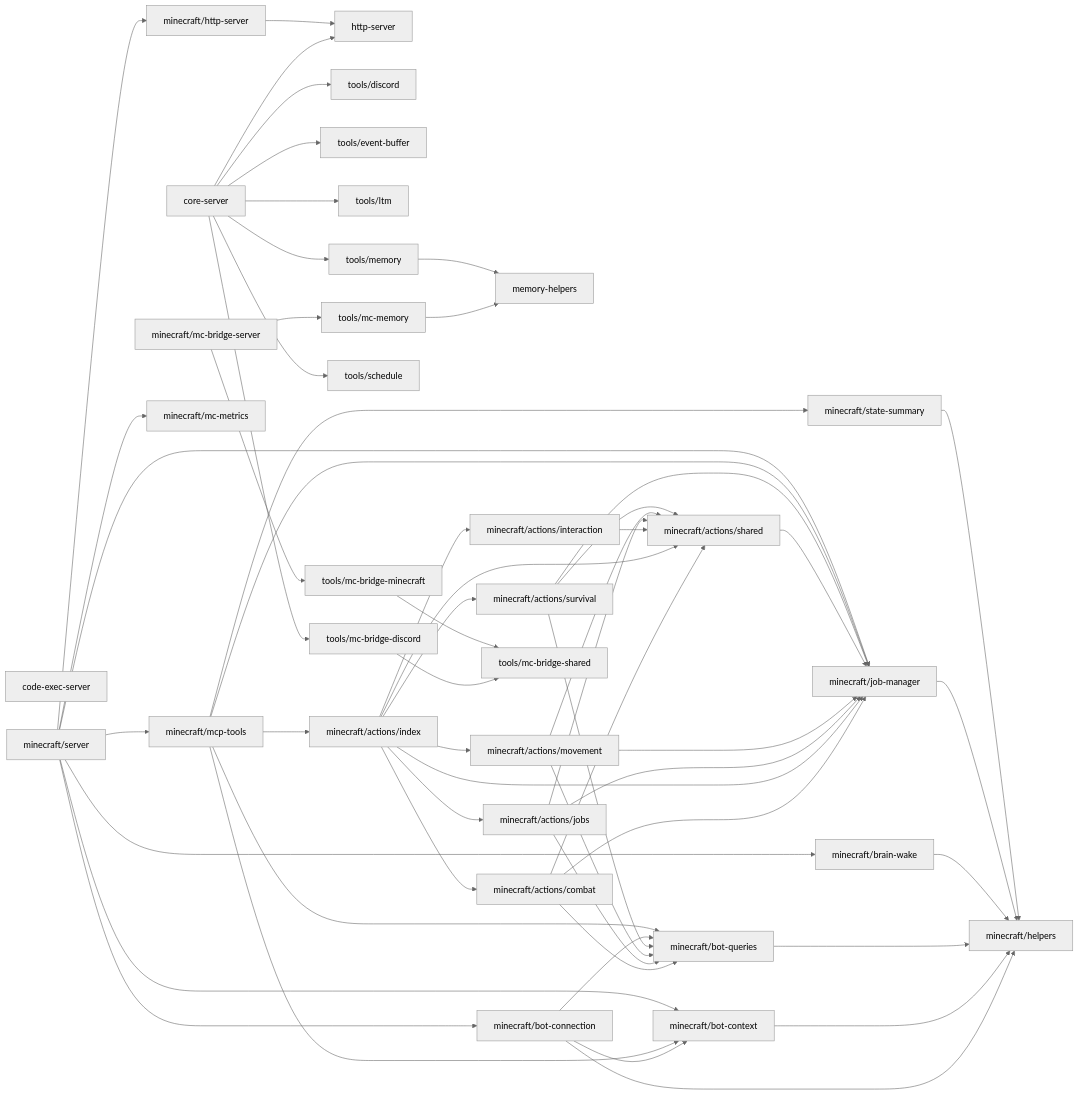
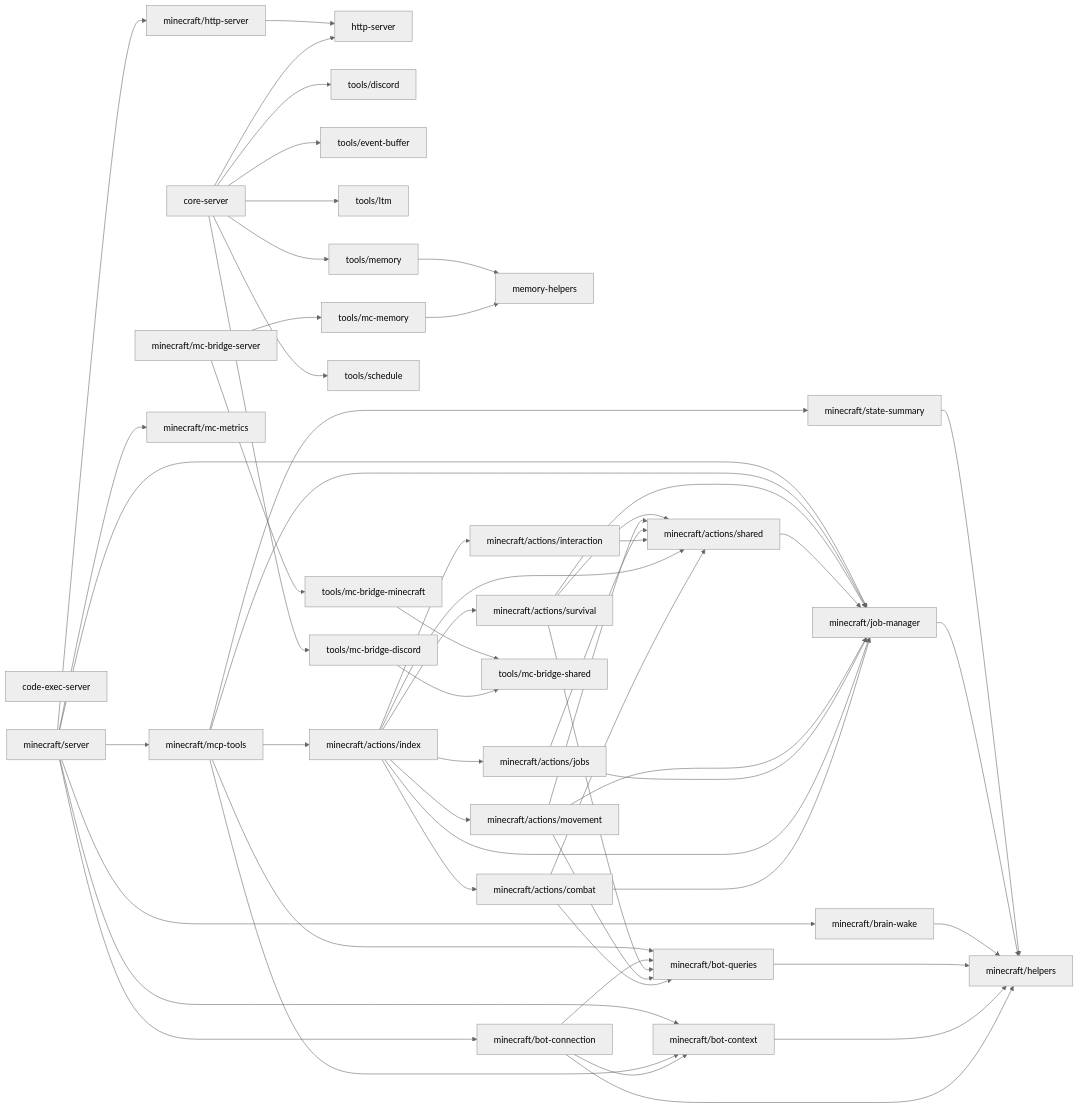
The diagram in src/mcp/DEPS.md (OJII3/vicissitude), drawn with Mermaid (neutral theme) before and after one commit. The commit also changed other lines of this file and 4 other files, not shown here.

````diff
--- a/src/mcp/DEPS.md
+++ b/src/mcp/DEPS.md
@@ -7,68 +7,67 @@
 ```mermaid
 graph LR
   code_exec_server["code-exec-server"]
   core_server["core-server"] --> http_server["http-server"]
   core_server["core-server"] --> tools_discord["tools/discord"]
   core_server["core-server"] --> tools_event_buffer["tools/event-buffer"]
   core_server["core-server"] --> tools_ltm["tools/ltm"]
   core_server["core-server"] --> tools_mc_bridge_discord["tools/mc-bridge-discord"]
   core_server["core-server"] --> tools_memory["tools/memory"]
   core_server["core-server"] --> tools_schedule["tools/schedule"]
   http_server["http-server"]
   memory_helpers["memory-helpers"]
   minecraft_actions_combat["minecraft/actions/combat"] --> minecraft_actions_shared["minecraft/actions/shared"]
   minecraft_actions_combat["minecraft/actions/combat"] --> minecraft_bot_queries["minecraft/bot-queries"]
   minecraft_actions_combat["minecraft/actions/combat"] --> minecraft_job_manager["minecraft/job-manager"]
   minecraft_actions_index["minecraft/actions/index"] --> minecraft_actions_combat["minecraft/actions/combat"]
   minecraft_actions_index["minecraft/actions/index"] --> minecraft_actions_interaction["minecraft/actions/interaction"]
   minecraft_actions_index["minecraft/actions/index"] --> minecraft_actions_jobs["minecraft/actions/jobs"]
   minecraft_actions_index["minecraft/actions/index"] --> minecraft_actions_movement["minecraft/actions/movement"]
   minecraft_actions_index["minecraft/actions/index"] --> minecraft_actions_shared["minecraft/actions/shared"]
   minecraft_actions_index["minecraft/actions/index"] --> minecraft_actions_survival["minecraft/actions/survival"]
   minecraft_actions_index["minecraft/actions/index"] --> minecraft_job_manager["minecraft/job-manager"]
   minecraft_actions_interaction["minecraft/actions/interaction"] --> minecraft_actions_shared["minecraft/actions/shared"]
   minecraft_actions_jobs["minecraft/actions/jobs"] --> minecraft_actions_shared["minecraft/actions/shared"]
-  minecraft_actions_jobs["minecraft/actions/jobs"] --> minecraft_bot_queries["minecraft/bot-queries"]
   minecraft_actions_jobs["minecraft/actions/jobs"] --> minecraft_job_manager["minecraft/job-manager"]
   minecraft_actions_movement["minecraft/actions/movement"] --> minecraft_actions_shared["minecraft/actions/shared"]
   minecraft_actions_movement["minecraft/actions/movement"] --> minecraft_bot_queries["minecraft/bot-queries"]
   minecraft_actions_movement["minecraft/actions/movement"] --> minecraft_job_manager["minecraft/job-manager"]
   minecraft_actions_shared["minecraft/actions/shared"] --> minecraft_job_manager["minecraft/job-manager"]
   minecraft_actions_survival["minecraft/actions/survival"] --> minecraft_actions_shared["minecraft/actions/shared"]
   minecraft_actions_survival["minecraft/actions/survival"] --> minecraft_bot_queries["minecraft/bot-queries"]
   minecraft_actions_survival["minecraft/actions/survival"] --> minecraft_job_manager["minecraft/job-manager"]
   minecraft_bot_connection["minecraft/bot-connection"] --> minecraft_bot_context["minecraft/bot-context"]
   minecraft_bot_connection["minecraft/bot-connection"] --> minecraft_bot_queries["minecraft/bot-queries"]
   minecraft_bot_connection["minecraft/bot-connection"] --> minecraft_helpers["minecraft/helpers"]
   minecraft_bot_context["minecraft/bot-context"] --> minecraft_helpers["minecraft/helpers"]
   minecraft_bot_queries["minecraft/bot-queries"] --> minecraft_helpers["minecraft/helpers"]
   minecraft_brain_wake["minecraft/brain-wake"] --> minecraft_helpers["minecraft/helpers"]
   minecraft_helpers["minecraft/helpers"]
   minecraft_http_server["minecraft/http-server"] --> http_server["http-server"]
   minecraft_job_manager["minecraft/job-manager"] --> minecraft_helpers["minecraft/helpers"]
   minecraft_mc_bridge_server["minecraft/mc-bridge-server"] --> tools_mc_bridge_minecraft["tools/mc-bridge-minecraft"]
   minecraft_mc_bridge_server["minecraft/mc-bridge-server"] --> tools_mc_memory["tools/mc-memory"]
   minecraft_mc_metrics["minecraft/mc-metrics"]
   minecraft_mcp_tools["minecraft/mcp-tools"] --> minecraft_actions_index["minecraft/actions/index"]
   minecraft_mcp_tools["minecraft/mcp-tools"] --> minecraft_bot_context["minecraft/bot-context"]
   minecraft_mcp_tools["minecraft/mcp-tools"] --> minecraft_bot_queries["minecraft/bot-queries"]
   minecraft_mcp_tools["minecraft/mcp-tools"] --> minecraft_job_manager["minecraft/job-manager"]
   minecraft_mcp_tools["minecraft/mcp-tools"] --> minecraft_state_summary["minecraft/state-summary"]
   minecraft_server["minecraft/server"] --> minecraft_bot_connection["minecraft/bot-connection"]
   minecraft_server["minecraft/server"] --> minecraft_bot_context["minecraft/bot-context"]
   minecraft_server["minecraft/server"] --> minecraft_brain_wake["minecraft/brain-wake"]
   minecraft_server["minecraft/server"] --> minecraft_http_server["minecraft/http-server"]
   minecraft_server["minecraft/server"] --> minecraft_job_manager["minecraft/job-manager"]
   minecraft_server["minecraft/server"] --> minecraft_mc_metrics["minecraft/mc-metrics"]
   minecraft_server["minecraft/server"] --> minecraft_mcp_tools["minecraft/mcp-tools"]
   minecraft_state_summary["minecraft/state-summary"] --> minecraft_helpers["minecraft/helpers"]
   tools_discord["tools/discord"]
   tools_event_buffer["tools/event-buffer"]
   tools_ltm["tools/ltm"]
   tools_mc_bridge_discord["tools/mc-bridge-discord"] --> tools_mc_bridge_shared["tools/mc-bridge-shared"]
   tools_mc_bridge_minecraft["tools/mc-bridge-minecraft"] --> tools_mc_bridge_shared["tools/mc-bridge-shared"]
   tools_mc_bridge_shared["tools/mc-bridge-shared"]
   tools_mc_memory["tools/mc-memory"] --> memory_helpers["memory-helpers"]
   tools_memory["tools/memory"] --> memory_helpers["memory-helpers"]
   tools_schedule["tools/schedule"]
 ```
````
